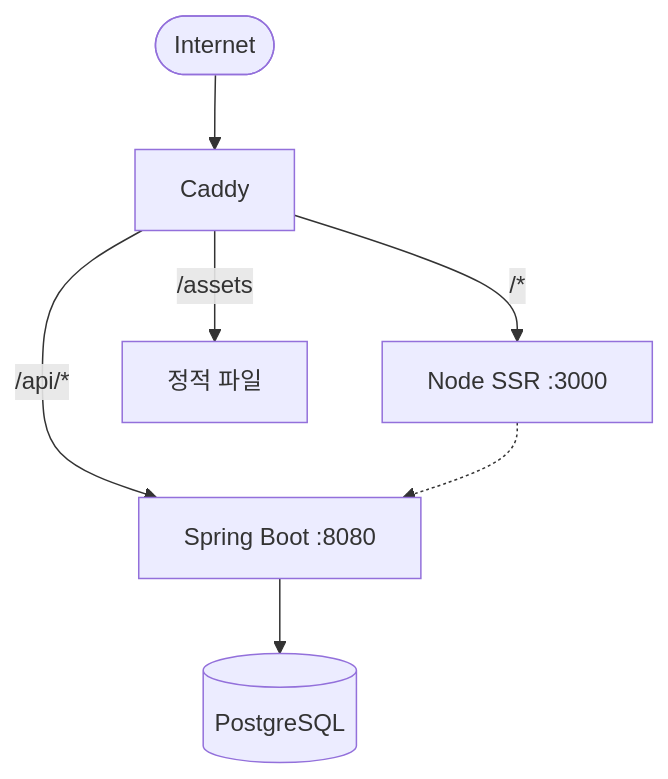
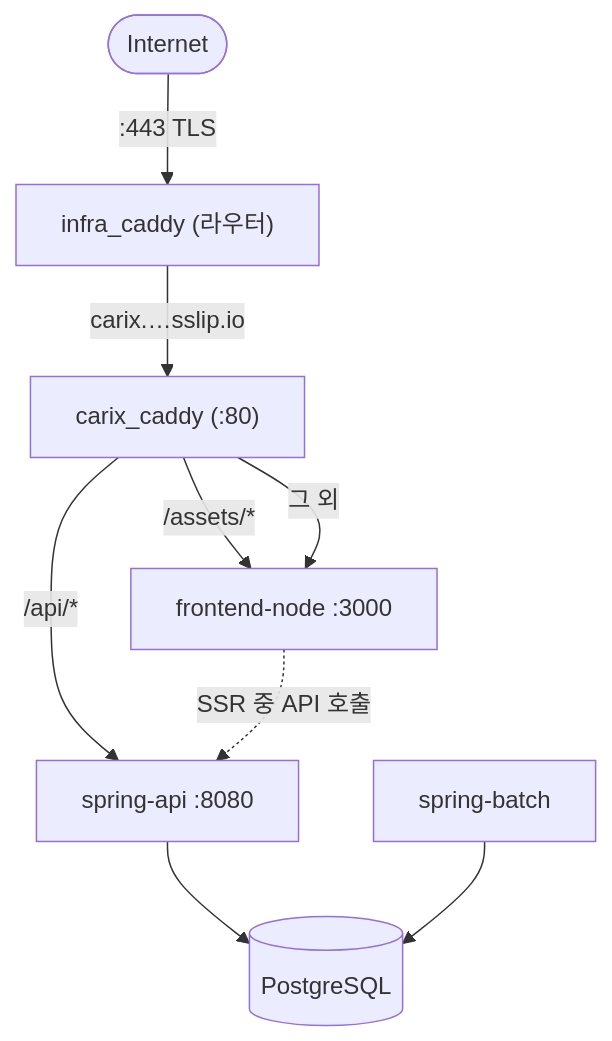
Before and after one commit to SeoHyeokGyu/Carix: the second of 2 diagrams in README.md, drawn with Mermaid. The commit also changed other lines of this file and 3 other files, not shown here.

````diff
--- a/README.md
+++ b/README.md
@@ -263,9 +266,11 @@
 ```mermaid
 flowchart TD
-    Internet([Internet]) --> Caddy[Caddy]
-    Caddy -->|"/*"| NodeSSR[Node SSR :3000]
-    Caddy -->|"/api/*"| SpringBoot[Spring Boot :8080]
-    Caddy -->|"/assets"| Static[정적 파일]
-    NodeSSR -.-> SpringBoot
+    Internet([Internet]) -->|":443 TLS"| Router["infra_caddy (라우터)"]
+    Router -->|"carix.…sslip.io"| CarixCaddy["carix_caddy (:80)"]
+    CarixCaddy -->|"/api/*"| SpringBoot["spring-api :8080"]
+    CarixCaddy -->|"/assets/*"| NodeSSR
+    CarixCaddy -->|"그 외"| NodeSSR["frontend-node :3000"]
+    NodeSSR -.->|"SSR 중 API 호출"| SpringBoot
     SpringBoot --> DB[(PostgreSQL)]
+    Batch["spring-batch"] --> DB
 ```
````
